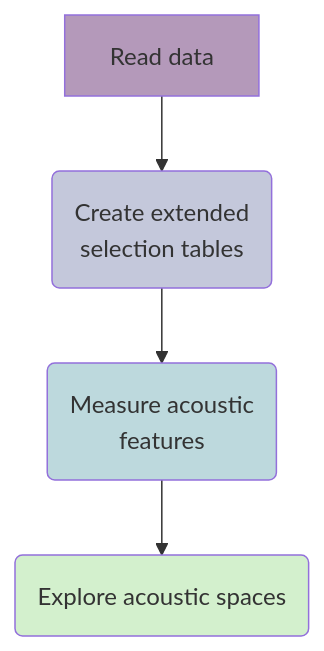
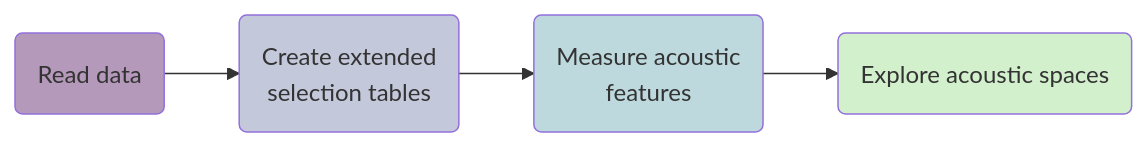
Before and after one commit to maRce10/thick_billed_parrots_vocal_variation: the diagram in scripts/acoustic_analysis.qmd, drawn with Mermaid. The commit also changed other lines of this file and 10 other files, not shown here.

````diff
--- a/scripts/acoustic_analysis.qmd
+++ b/scripts/acoustic_analysis.qmd
@@ -93,13 +90,13 @@
 ```{mermaid}
 
-flowchart
-  A[Read data] --> B(Create extended<br>selection tables) 
+flowchart LR
+  A(Read data) --> B(Create extended<br>selection tables) 
   B --> C(Measure acoustic<br>features)
   C --> D(Explore acoustic spaces)
 
 style A fill:#44015466
 style B fill:#3E4A894D
 style C fill:#26828E4D
 style D fill:#6DCD594D
 
 ```
````
